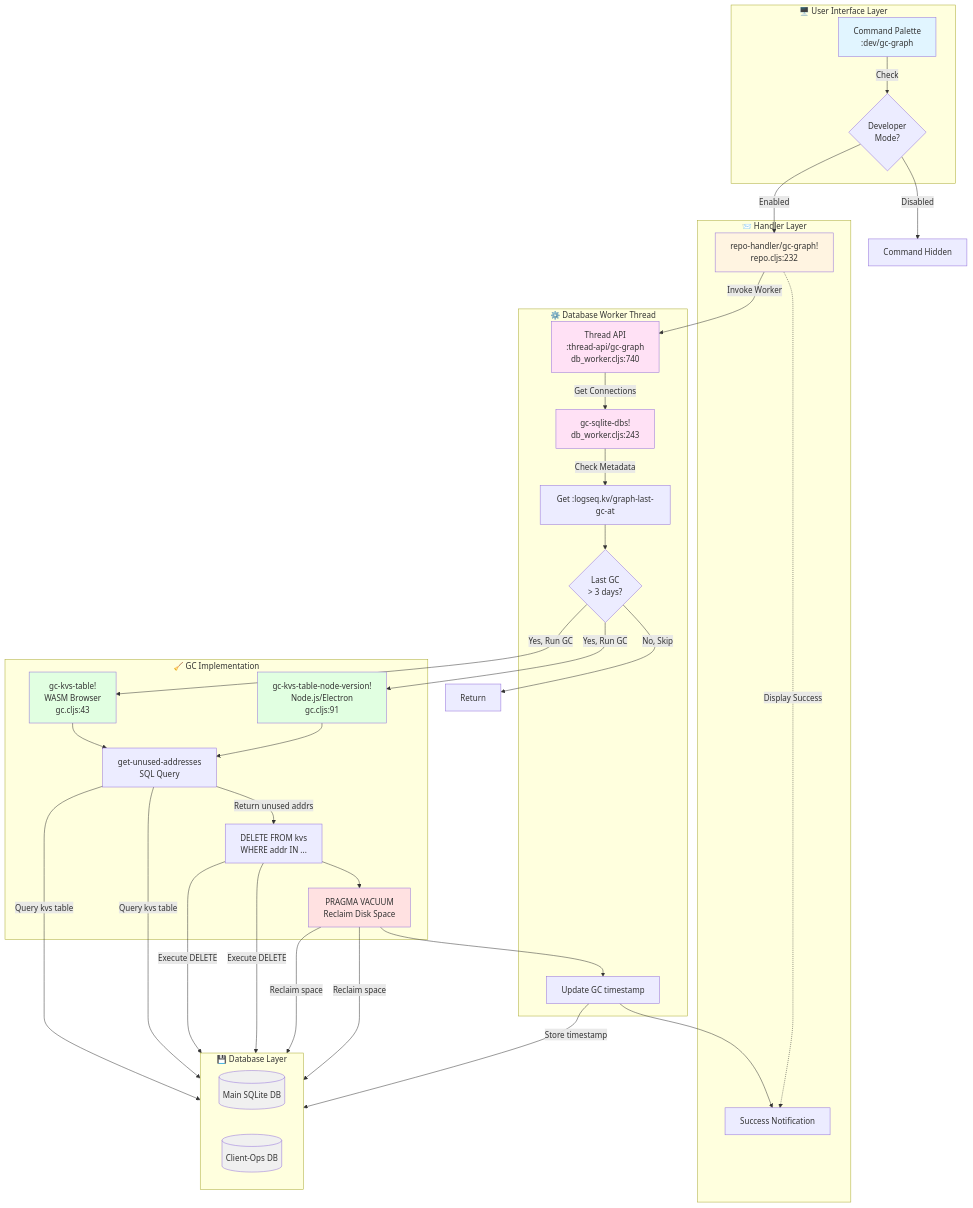
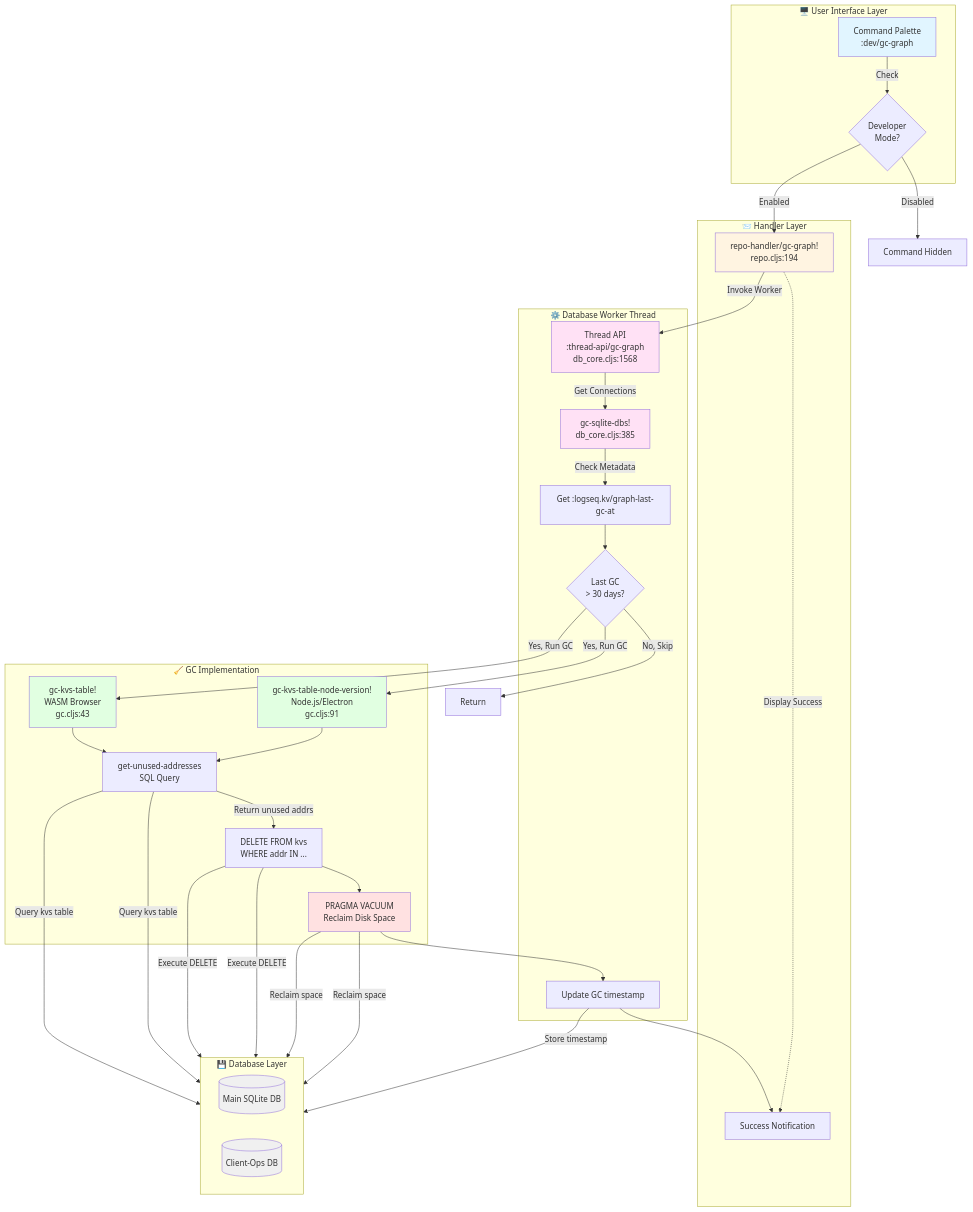
The first of 9 diagrams in dz/docs/03-features/garbage-collection/developer-guide.md (hdansou/logseq), drawn with Mermaid before and after one commit. The commit also changed other lines of this file and 140 other files, not shown here.

````diff
--- a/dz/docs/03-features/garbage-collection/developer-guide.md
+++ b/dz/docs/03-features/garbage-collection/developer-guide.md
@@ -102,72 +104,72 @@
 ```mermaid
 flowchart TB
     subgraph UI["🖥️ User Interface Layer"]
         CMD[Command Palette<br/>:dev/gc-graph]
         DEV{Developer<br/>Mode?}
     end
 
     subgraph Handler["📨 Handler Layer"]
-        RH[repo-handler/gc-graph!<br/>repo.cljs:232]
+        RH[repo-handler/gc-graph!<br/>repo.cljs:194]
         NOTIFY[Success Notification]
     end
 
     subgraph Worker["⚙️ Database Worker Thread"]
-        API[Thread API<br/>:thread-api/gc-graph<br/>db_worker.cljs:740]
-        GCMAIN[gc-sqlite-dbs!<br/>db_worker.cljs:243]
-        CHECK{Last GC<br/>> 3 days?}
+        API[Thread API<br/>:thread-api/gc-graph<br/>db_core.cljs:1568]
+        GCMAIN[gc-sqlite-dbs!<br/>db_core.cljs:385]
+        CHECK{Last GC<br/>> 30 days?}
         METAGET[Get :logseq.kv/graph-last-gc-at]
         METASET[Update GC timestamp]
     end
 
     subgraph Database["💾 Database Layer"]
         direction LR
         MAINDB[(Main SQLite DB)]
         OPSDB[(Client-Ops DB)]
     end
 
     subgraph GCLogic["🧹 GC Implementation"]
         GCWASM[gc-kvs-table!<br/>WASM Browser<br/>gc.cljs:43]
         GCNODE[gc-kvs-table-node-version!<br/>Node.js/Electron<br/>gc.cljs:91]
         FINDUNUSED[get-unused-addresses<br/>SQL Query]
         DELADDR[DELETE FROM kvs<br/>WHERE addr IN ...]
         VACUUM[PRAGMA VACUUM<br/>Reclaim Disk Space]
     end
 
     CMD -->|Check| DEV
     DEV -->|Enabled| RH
     DEV -->|Disabled| INACTIVE[Command Hidden]
 
     RH -->|Invoke Worker| API
     API -->|Get Connections| GCMAIN
     GCMAIN -->|Check Metadata| METAGET
     METAGET --> CHECK
     CHECK -->|No, Skip| DONE[Return]
     CHECK -->|Yes, Run GC| GCWASM
     CHECK -->|Yes, Run GC| GCNODE
 
     GCWASM --> FINDUNUSED
     GCNODE --> FINDUNUSED
     FINDUNUSED -->|Query kvs table| MAINDB
     FINDUNUSED -->|Query kvs table| OPSDB
     FINDUNUSED -->|Return unused addrs| DELADDR
     DELADDR -->|Execute DELETE| MAINDB
     DELADDR -->|Execute DELETE| OPSDB
     DELADDR --> VACUUM
     VACUUM -->|Reclaim space| MAINDB
     VACUUM -->|Reclaim space| OPSDB
     VACUUM --> METASET
     METASET -->|Store timestamp| MAINDB
     METASET --> NOTIFY
 
     RH -.->|Display Success| NOTIFY
 
     style CMD fill:#e1f5ff
     style RH fill:#fff4e1
     style API fill:#ffe1f5
     style GCMAIN fill:#ffe1f5
     style GCWASM fill:#e1ffe1
     style GCNODE fill:#e1ffe1
     style VACUUM fill:#ffe1e1
     style MAINDB fill:#f0f0f0
     style OPSDB fill:#f0f0f0
 ```
````
